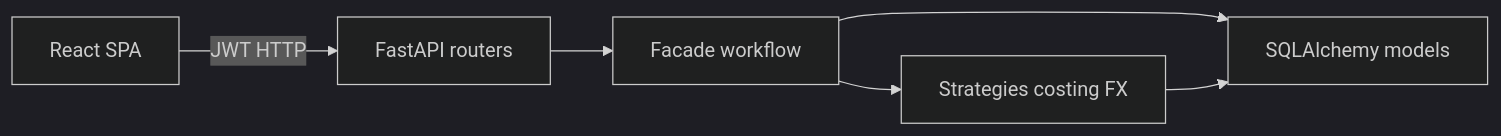
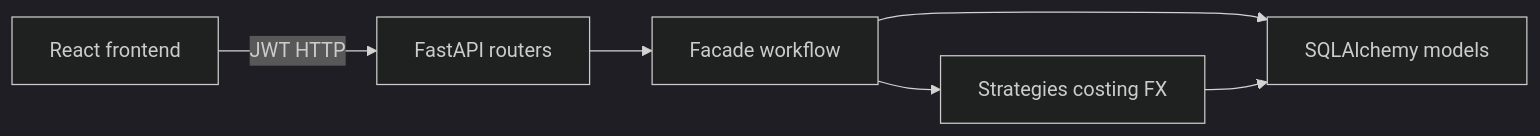
The first of 3 diagrams in docs/design/software_engineering_principles.md (Nixon-Shibuchi/Tranz-Algo), drawn with Mermaid (dark theme) before and after one commit. The commit also changed 39 other files, not shown here.

````diff
--- a/docs/design/software_engineering_principles.md
+++ b/docs/design/software_engineering_principles.md
@@ -12,8 +12,8 @@
 ```mermaid
 flowchart LR
-  FE[React SPA] -->|JWT HTTP| API[FastAPI routers]
+  FE[React frontend] -->|JWT HTTP| API[FastAPI routers]
   API --> Fac[Facade workflow]
   Fac --> Strat[Strategies costing FX]
   Fac --> ORM[SQLAlchemy models]
   Strat --> ORM
 ```
````
